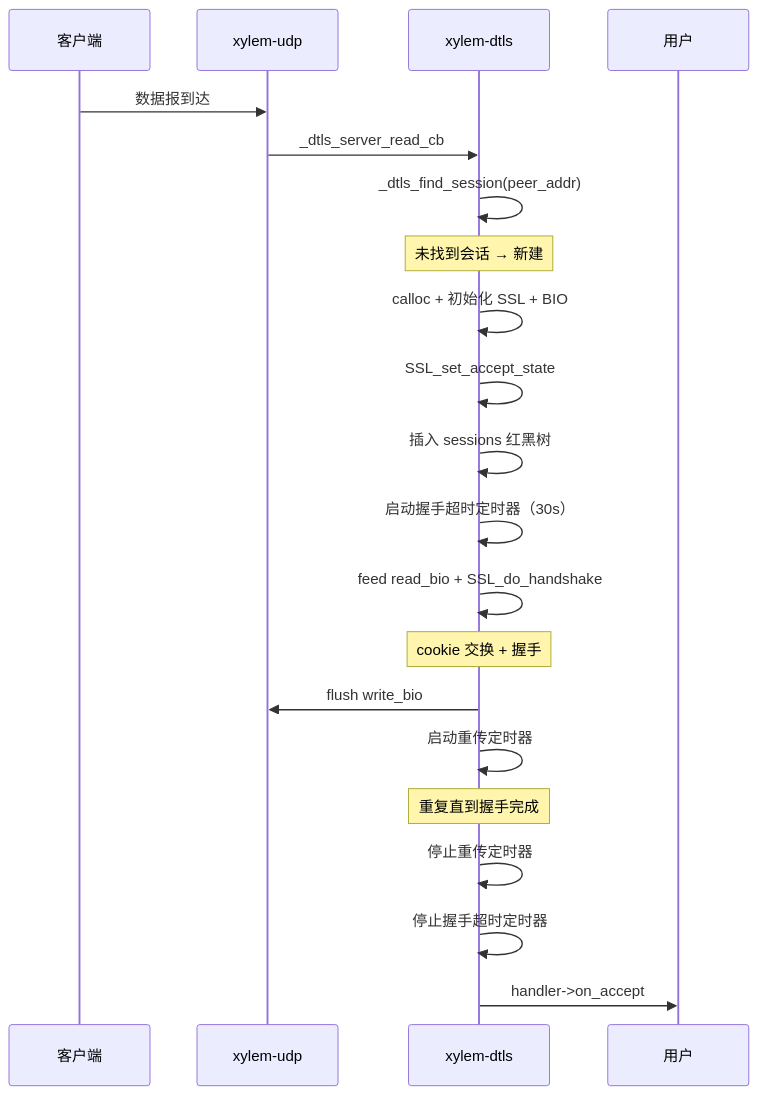
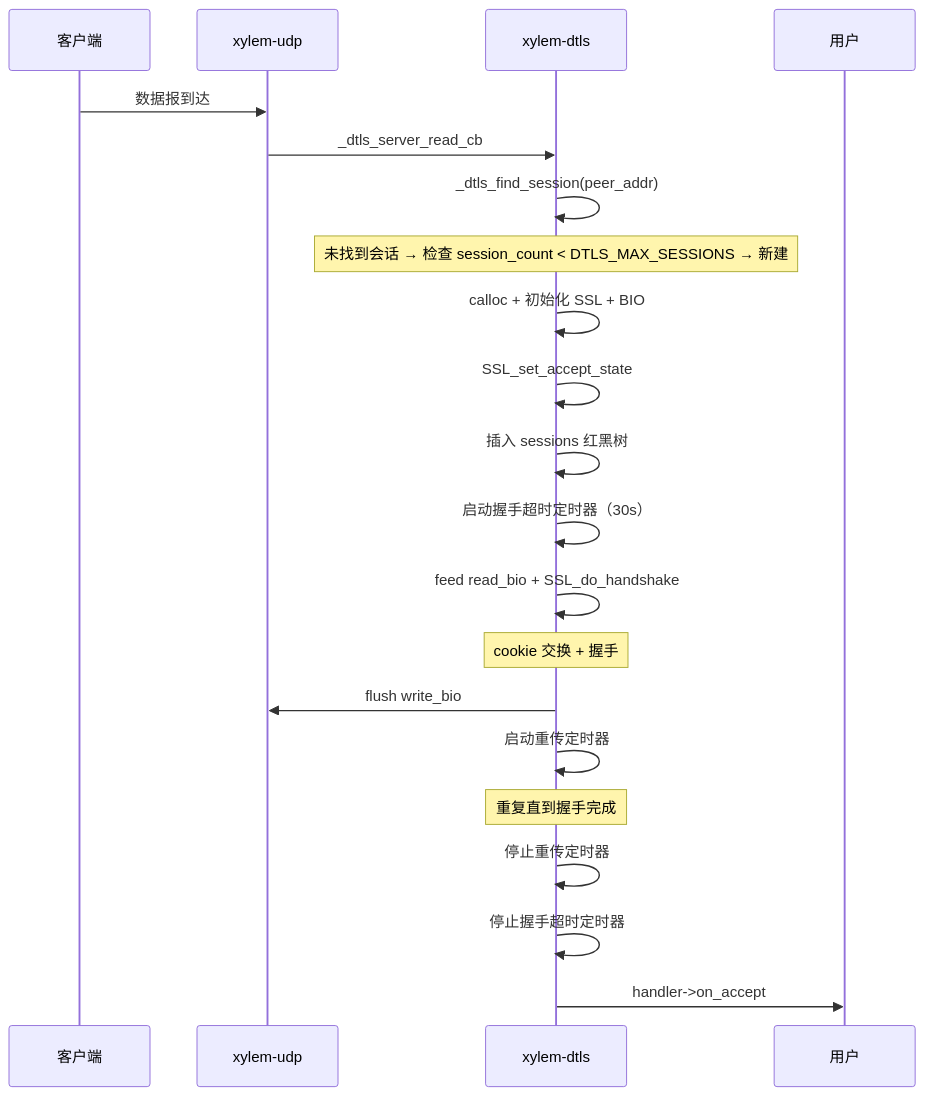
Before and after one commit to MeristemForge/Xylem: the third of 6 diagrams in .kiro/steering/dtls-design.md, drawn with Mermaid. The commit also changed other lines of this file and 6 other files, not shown here.

````diff
--- a/.kiro/steering/dtls-design.md
+++ b/.kiro/steering/dtls-design.md
@@ -169,24 +172,24 @@
 ```mermaid
 sequenceDiagram
     participant Client as 客户端
     participant UDP as xylem-udp
     participant DTLS as xylem-dtls
     participant User as 用户
 
     Client->>UDP: 数据报到达
     UDP->>DTLS: _dtls_server_read_cb
     DTLS->>DTLS: _dtls_find_session(peer_addr)
-    Note over DTLS: 未找到会话 → 新建
+    Note over DTLS: 未找到会话 → 检查 session_count < DTLS_MAX_SESSIONS → 新建
     DTLS->>DTLS: calloc + 初始化 SSL + BIO
     DTLS->>DTLS: SSL_set_accept_state
     DTLS->>DTLS: 插入 sessions 红黑树
     DTLS->>DTLS: 启动握手超时定时器（30s）
     DTLS->>DTLS: feed read_bio + SSL_do_handshake
     Note over DTLS: cookie 交换 + 握手
     DTLS->>UDP: flush write_bio
     DTLS->>DTLS: 启动重传定时器
     Note over DTLS: 重复直到握手完成
     DTLS->>DTLS: 停止重传定时器
     DTLS->>DTLS: 停止握手超时定时器
     DTLS->>User: handler->on_accept
 ```
````
